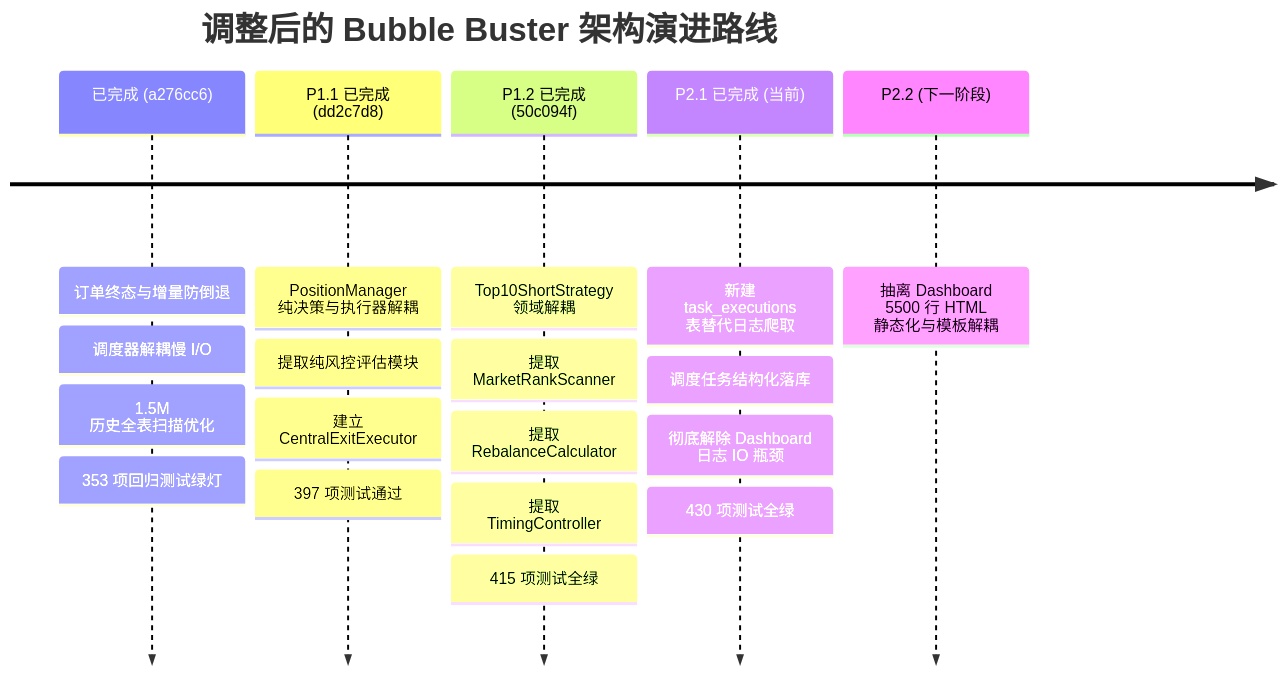
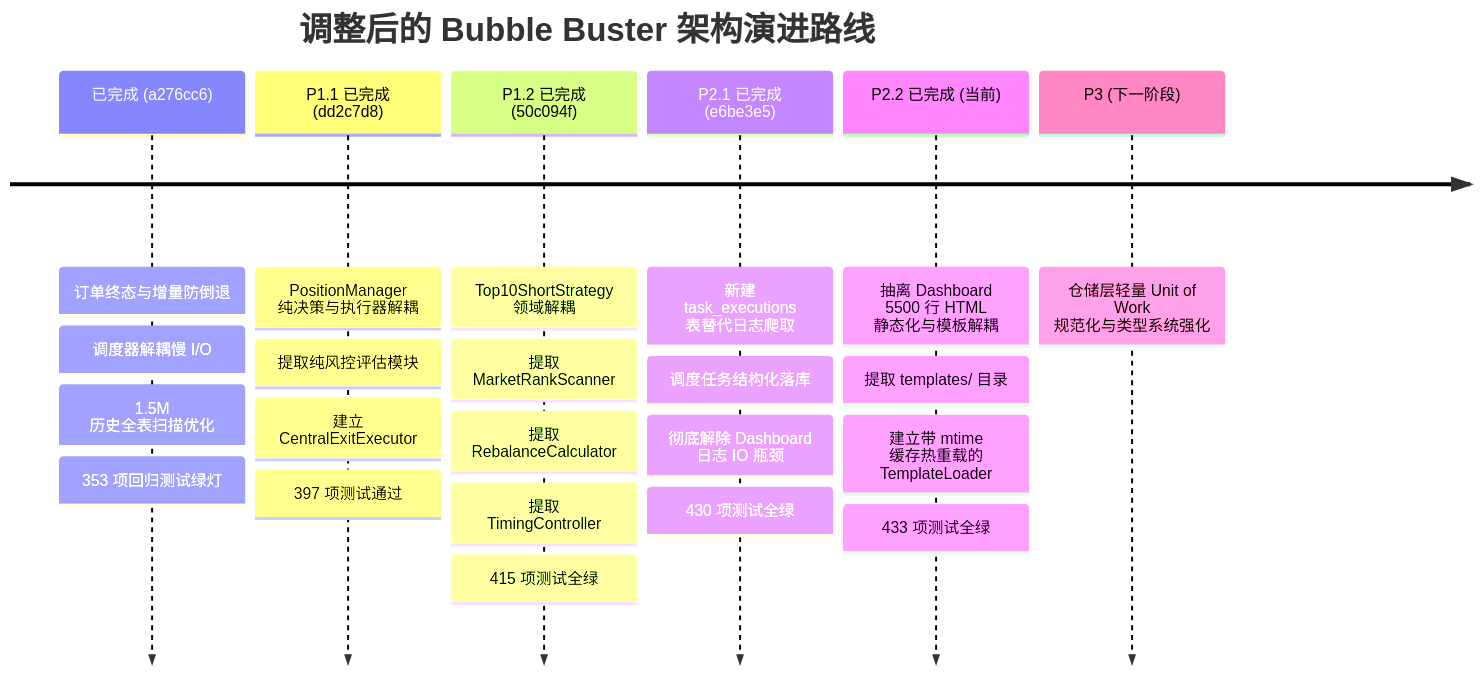
One commit to miracle-zs/bubble_buster changed the third of 4 diagrams in docs/ARCHITECTURE_REVIEW.md. Above: the diagram before and after it, drawn with Mermaid. The commit also changed other lines of this file and 5 other files, not shown here.

First line of the commit message:
feat: Phase P2.2 - Decouple 5500 lines of embedded HTML templates from dashboard_server

````diff
--- a/docs/ARCHITECTURE_REVIEW.md
+++ b/docs/ARCHITECTURE_REVIEW.md
@@ -183,9 +183,10 @@
 ```mermaid
 timeline
     title 调整后的 Bubble Buster 架构演进路线
     已完成 (a276cc6) : 订单终态与增量防倒退 : 调度器解耦慢 I/O : 1.5M 历史全表扫描优化 : 353 项回归测试绿灯
     P1.1 已完成 (dd2c7d8) : PositionManager 纯决策与执行器解耦 : 提取纯风控评估模块 : 建立 CentralExitExecutor : 397 项测试通过
     P1.2 已完成 (50c094f) : Top10ShortStrategy 领域解耦 : 提取 MarketRankScanner : 提取 RebalanceCalculator : 提取 TimingController : 415 项测试全绿
-    P2.1 已完成 (当前) : 新建 task_executions 表替代日志爬取 : 调度任务结构化落库 : 彻底解除 Dashboard 日志 IO 瓶颈 : 430 项测试全绿
-    P2.2 (下一阶段) : 抽离 Dashboard 5500 行 HTML 静态化与模板解耦
+    P2.1 已完成 (e6be3e5) : 新建 task_executions 表替代日志爬取 : 调度任务结构化落库 : 彻底解除 Dashboard 日志 IO 瓶颈 : 430 项测试全绿
+    P2.2 已完成 (当前) : 抽离 Dashboard 5500 行 HTML 静态化与模板解耦 : 提取 templates/ 目录 : 建立带 mtime 缓存热重载的 TemplateLoader : 433 项测试全绿
+    P3 (下一阶段) : 仓储层轻量 Unit of Work 规范化与类型系统强化
 ```
````
